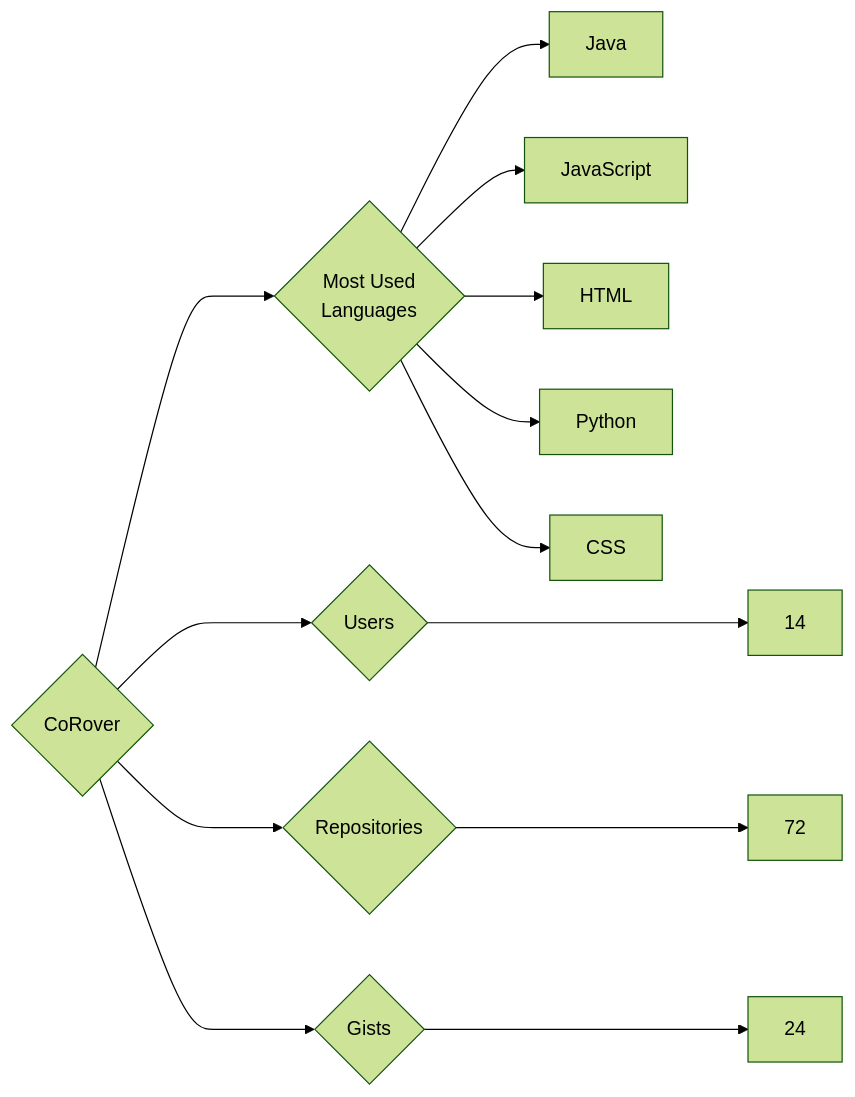
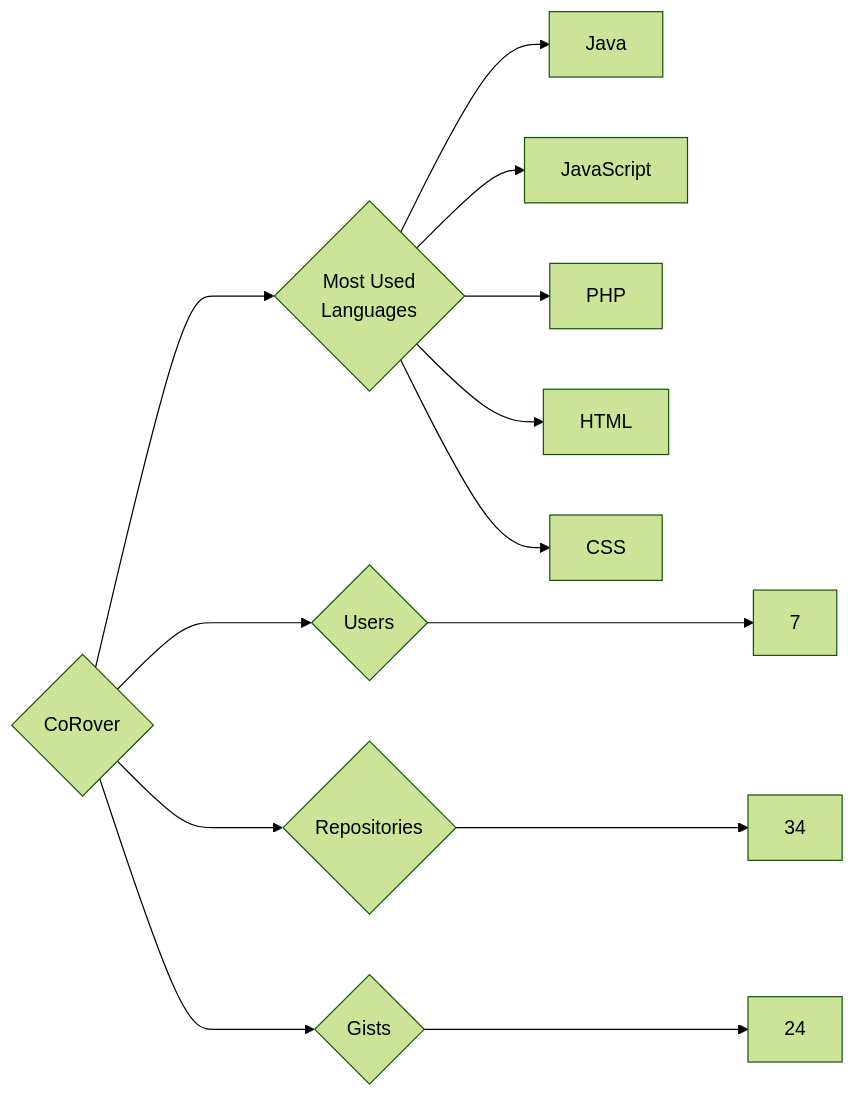
Before and after one commit to trickest/insiders: the diagram in targets/CoRover/README.md, drawn with Mermaid (forest theme). The commit also changed 1055 other files, not shown here.

````diff
--- a/targets/CoRover/README.md
+++ b/targets/CoRover/README.md
@@ -3,13 +3,13 @@
 ```mermaid
 graph LR
 COMPANY_NAME{CoRover}
-COMPANY_NAME ---> U{Users} ---> UN[14]
-COMPANY_NAME ---> R{Repositories} ---> RN[72]
+COMPANY_NAME ---> U{Users} ---> UN[7]
+COMPANY_NAME ---> R{Repositories} ---> RN[34]
 COMPANY_NAME ---> G{Gists} ---> GN[24]
 COMPANY_NAME ---> ML{Most Used<br>Languages}
 ML --> Java[Java]
 ML --> JavaScript[JavaScript]
+ML --> PHP[PHP]
 ML --> HTML[HTML]
-ML --> Python[Python]
 ML --> CSS[CSS]
 ```
````
